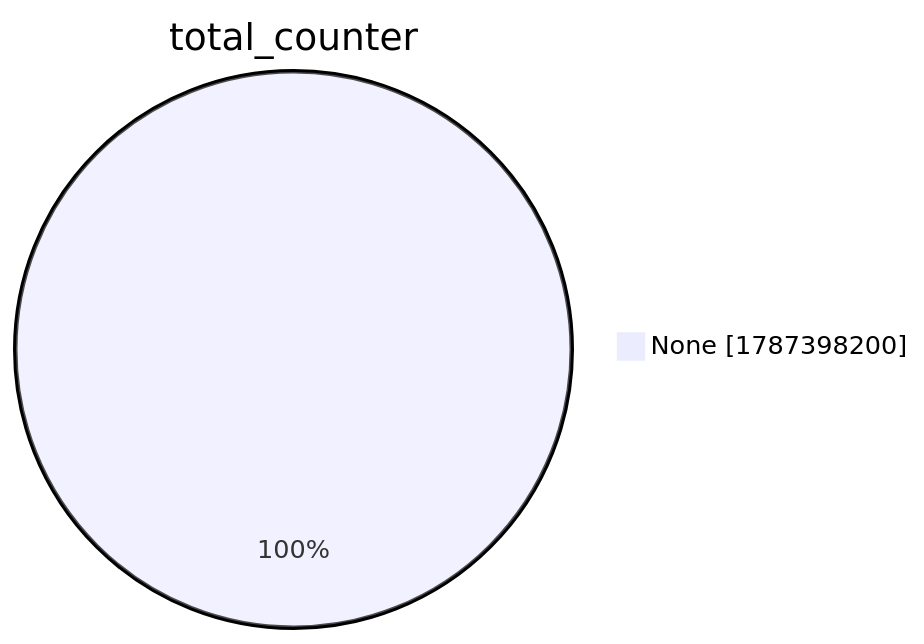
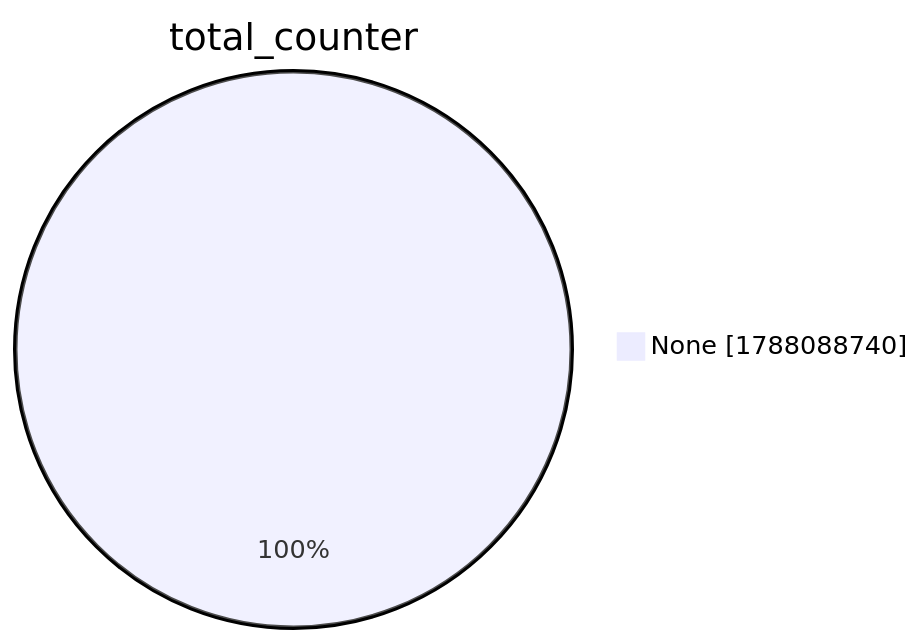
One commit to christiankrug/ctmonitor_visualization changed the second of 15 diagrams in xenon2022/README.md. Above: the diagram before and after it, drawn with Mermaid. The commit also changed other lines of this file, not shown here.

````diff
--- a/xenon2022/README.md
+++ b/xenon2022/README.md
@@ -9,5 +9,5 @@
 ```mermaid
 pie showData
 title total_counter
-"None" :1787398200
+"None" :1788088740
 ```
````
